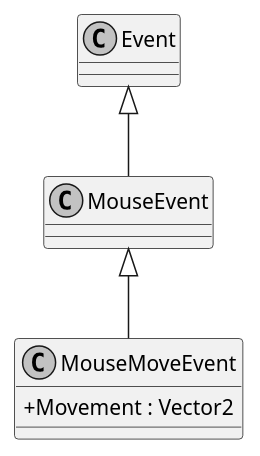
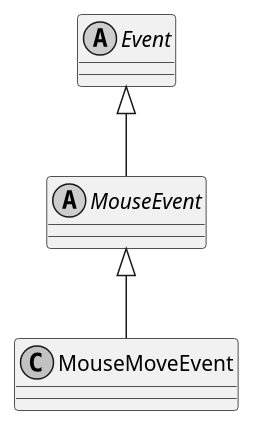
One commit to insightmind/MORR changed the diagram in documents/sd/plantuml/application/Modules/Mouse/Events/MouseMoveEvent.puml. Above: the diagram before and after it, drawn with PlantUML. The commit also changed 10 other files, not shown here.

```diff
--- a/documents/sd/plantuml/application/Modules/Mouse/Events/MouseMoveEvent.puml
+++ b/documents/sd/plantuml/application/Modules/Mouse/Events/MouseMoveEvent.puml
@@ -1,10 +1,11 @@
 @startuml
 skinparam monochrome true
 skinparam classAttributeIconSize 0
 
 class MouseMoveEvent {
-    + Movement : Vector2
 }
+abstract class Event
+abstract class MouseEvent
 MouseEvent <|-- MouseMoveEvent
 Event <|-- MouseEvent
 @enduml
```
